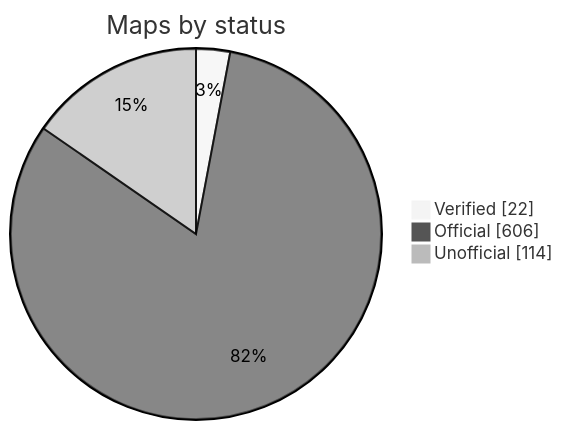
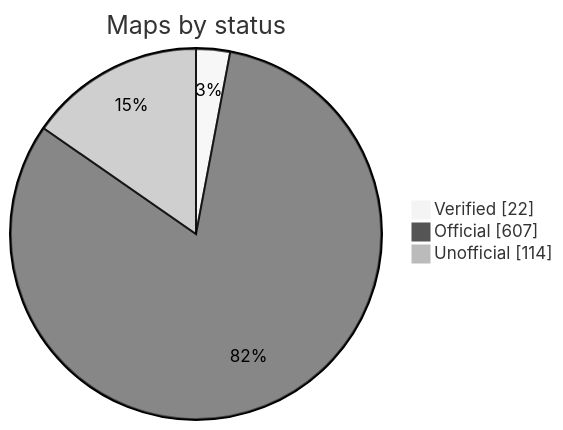
Before and after one commit to nobrega8/mbmap-library: the diagram in README.md, drawn with Mermaid (neutral theme). The commit also changed 6 other files, not shown here.

Commit message:
Add the Sistemas Industriales MI-430 and EM-530 flow meter map (closes #504) (#545)

````diff
--- a/README.md
+++ b/README.md
@@ -52,7 +52,7 @@
 ```mermaid
 pie showData
     title Maps by status
     "Verified" : 22
-    "Official" : 606
+    "Official" : 607
     "Unofficial" : 114
 ```
````
